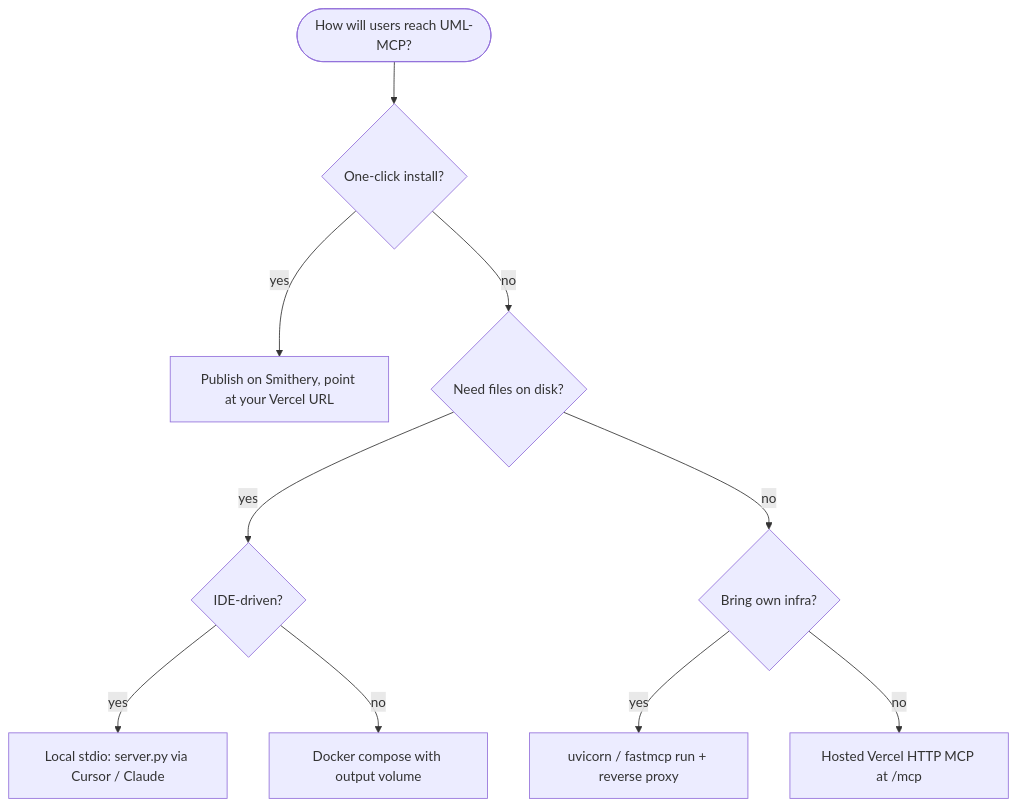
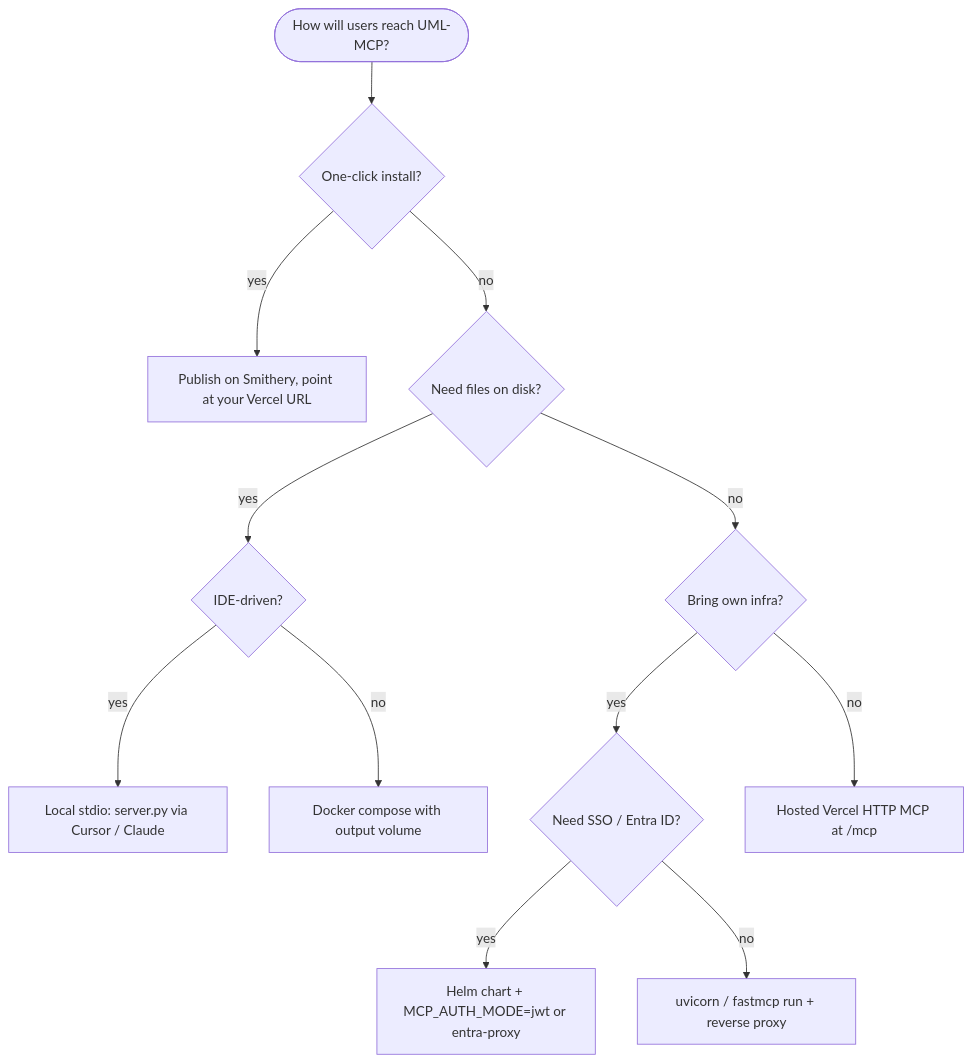
The diagram in docs/deploy/index.md (antoinebou12/uml-mcp), drawn with Mermaid before and after one commit. The commit also changed other lines of this file and 199 other files, not shown here.

First line of the commit message:
feat: enterprise SSO, uml-mcp.yaml config, MXCP-style audit, rate limits, lint, OTel, admin dashboard (#335)

````diff
--- a/docs/deploy/index.md
+++ b/docs/deploy/index.md
@@ -48,12 +56,14 @@
 ```mermaid
 flowchart TD
     Start([How will users reach UML-MCP?]) --> Q1{One-click install?}
     Q1 -- yes --> Smithery[Publish on Smithery, point at your Vercel URL]
     Q1 -- no  --> Q2{Need files on disk?}
     Q2 -- yes --> Q3{IDE-driven?}
     Q3 -- yes --> Stdio[Local stdio: server.py via Cursor / Claude]
     Q3 -- no  --> Docker[Docker compose with output volume]
     Q2 -- no  --> Q4{Bring own infra?}
-    Q4 -- yes --> Custom[uvicorn / fastmcp run + reverse proxy]
+    Q4 -- yes --> Q5{Need SSO / Entra ID?}
+    Q5 -- yes --> Helm[Helm chart + MCP_AUTH_MODE=jwt or entra-proxy]
+    Q5 -- no  --> Custom[uvicorn / fastmcp run + reverse proxy]
     Q4 -- no  --> Vercel[Hosted Vercel HTTP MCP at /mcp]
 ```
````
